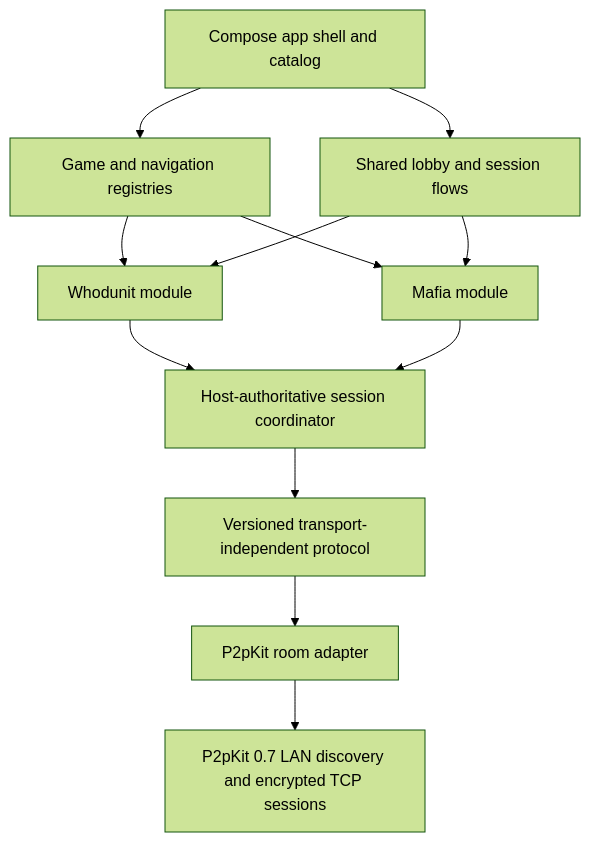
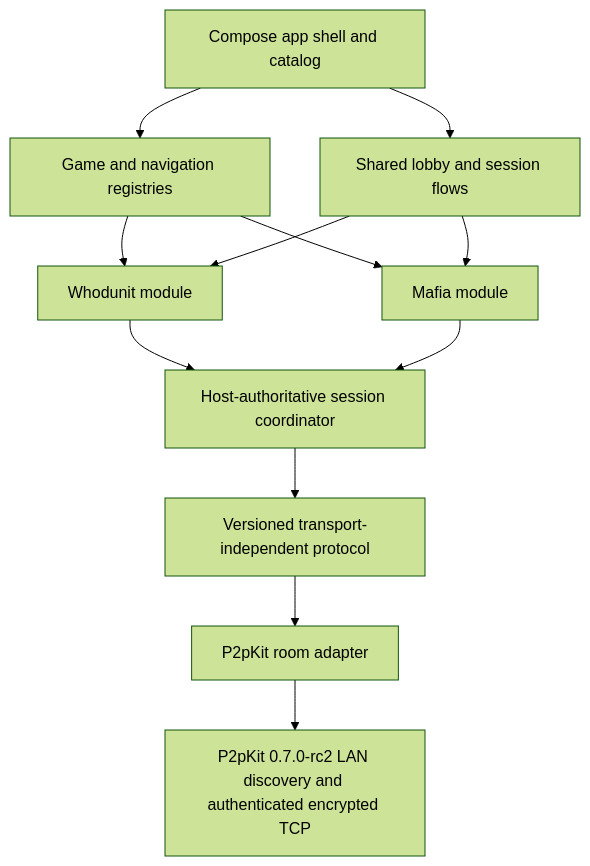
The first of 3 diagrams in docs/PRODUCTION_ARCHITECTURE.md (Apdelrahman1911/parlor), drawn with Mermaid (forest theme) before and after one commit. The commit also changed other lines of this file and 18 other files, not shown here.

````diff
--- a/docs/PRODUCTION_ARCHITECTURE.md
+++ b/docs/PRODUCTION_ARCHITECTURE.md
@@ -9,24 +9,24 @@
 ```mermaid
 flowchart TD
     App[Compose app shell and catalog]
     Registry[Game and navigation registries]
     Lobby[Shared lobby and session flows]
     Session[Host-authoritative session coordinator]
     Protocol[Versioned transport-independent protocol]
     Adapter[P2pKit room adapter]
-    Kit[P2pKit 0.7 LAN discovery and encrypted TCP sessions]
+    Kit[P2pKit 0.7.0-rc2 LAN discovery and authenticated encrypted TCP]
     W[Whodunit module]
     M[Mafia module]
 
     App --> Registry
     App --> Lobby
     Registry --> W
     Registry --> M
     Lobby --> W
     Lobby --> M
     W --> Session
     M --> Session
     Session --> Protocol
     Protocol --> Adapter
     Adapter --> Kit
 ```
````
